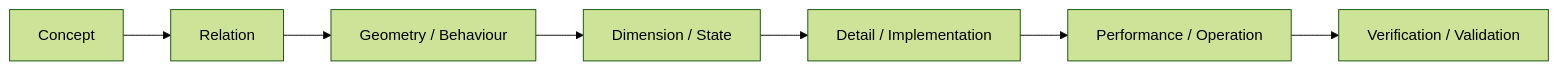
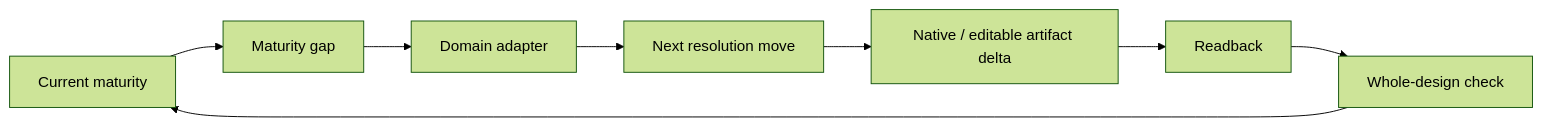
Before and after one commit to Jiaosong/Design: the first of 3 diagrams in product-docs/v0.3/nodes/N03B_DEVELOP.md, drawn with Mermaid (forest theme). The commit also changed other lines of this file and 71 other files, not shown here.

````diff
--- a/product-docs/v0.3/nodes/N03B_DEVELOP.md
+++ b/product-docs/v0.3/nodes/N03B_DEVELOP.md
@@ -21,9 +21,10 @@
 ```mermaid
 flowchart LR
-    C[Concept] --> R[Relation]
-    R --> G[Geometry / Behaviour]
-    G --> D[Dimension / State]
-    D --> T[Detail / Implementation]
-    T --> P[Performance / Operation]
-    P --> V[Verification / Validation]
+    C[Current maturity] --> G[Maturity gap]
+    G --> A[Domain adapter]
+    A --> F[Next resolution move]
+    F --> N[Native / editable artifact delta]
+    N --> R[Readback]
+    R --> W[Whole-design check]
+    W --> C
 ```
````
